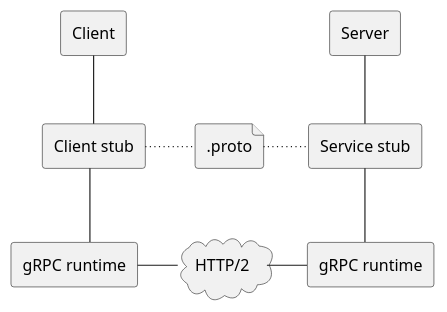
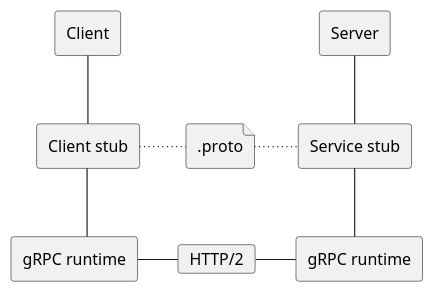
One commit to c0p4c4b4n4/grpc-grpc-java changed the diagram in example1/images/RPC.puml. Above: the diagram before and after it, drawn with PlantUML. The commit also changed 7 other files, not shown here.

```diff
--- a/example1/images/RPC.puml
+++ b/example1/images/RPC.puml
@@ -1,28 +1,28 @@
 @startuml
 
 skinparam linetype ortho
 
 rectangle "Client" as C1
 rectangle "Client stub" as C2
 rectangle "gRPC runtime" as C3
 
 rectangle "Server" as S1
 rectangle "Service stub" as S2
 rectangle "gRPC runtime" as S3
 
 file ".proto" as P
-cloud "HTTP/2" as H
+card "HTTP/2" as H
 
 C1 -down- C2
 C2 -down- C3
 
 S1 -down- S2
 S2 -down- S3
 
 C2 --[dotted]right-- P
 P --[dotted]right-- S2
 
 C3 -right- H
 H -right- S3
 
 @enduml
```
